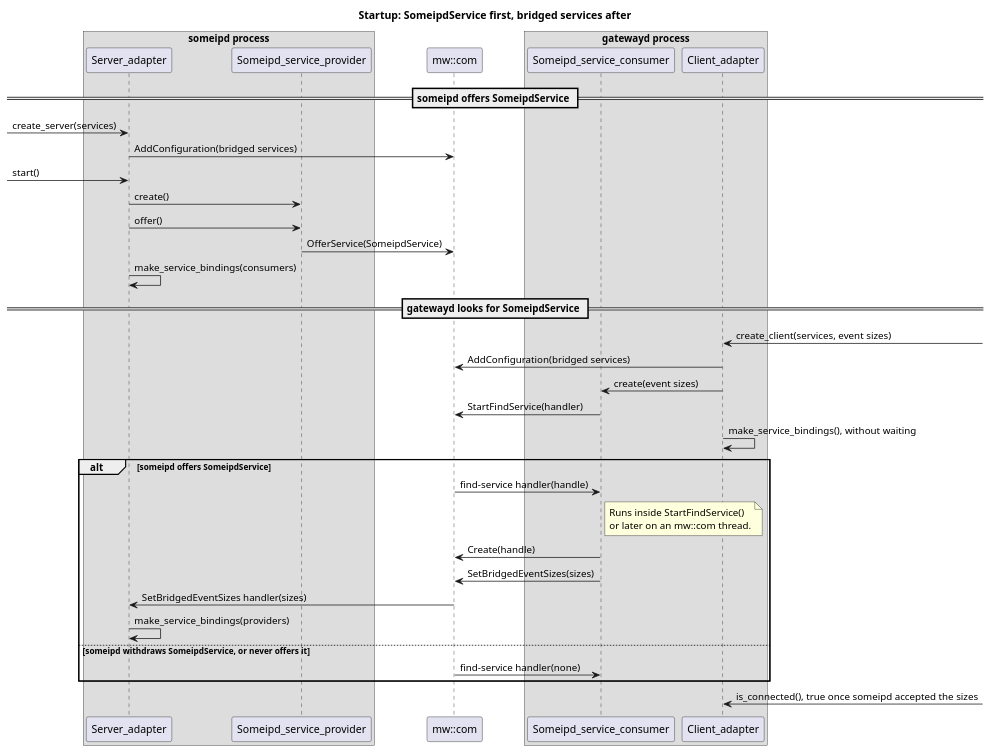
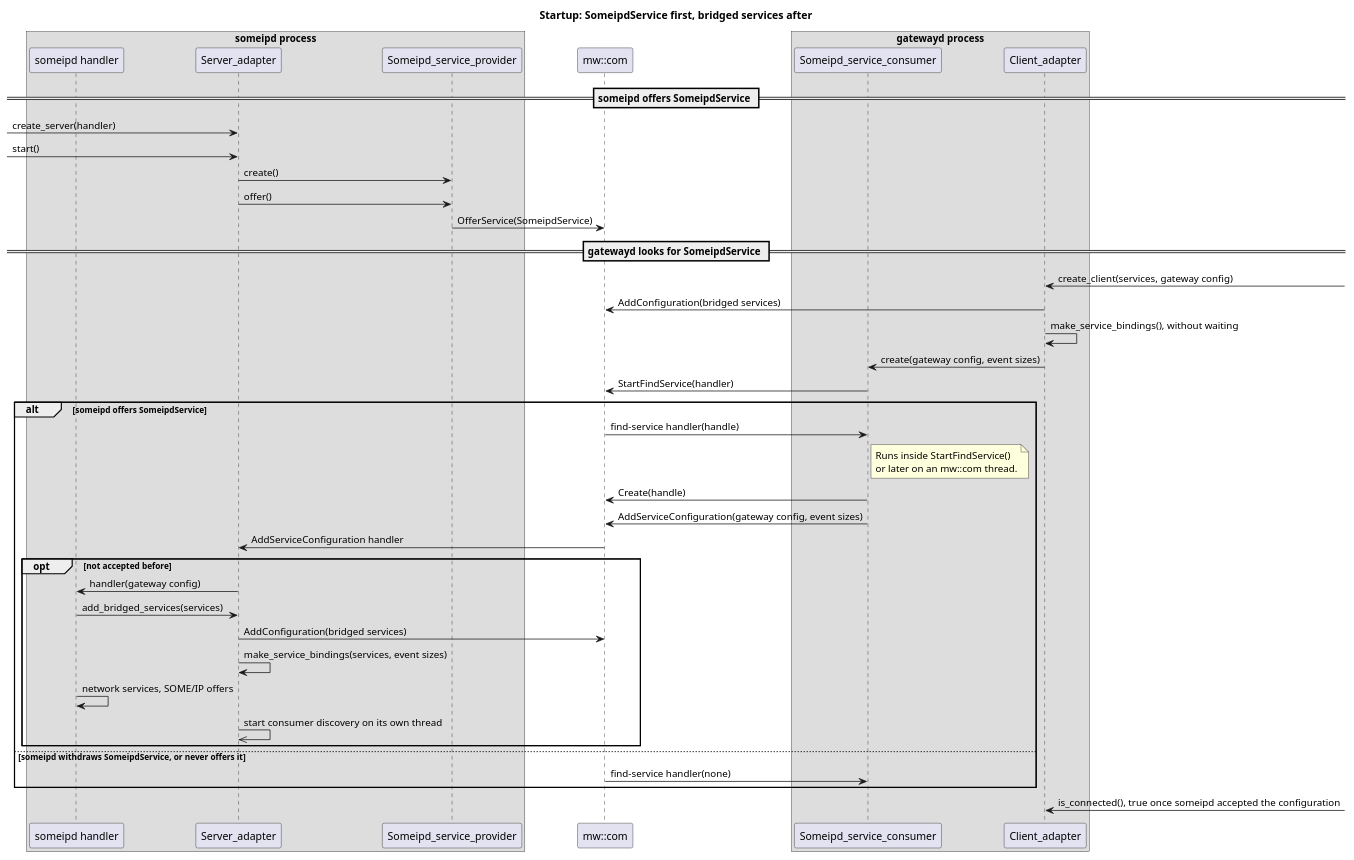
Before and after one commit to eclipse-score/inc_someip_gateway: the diagram in score/gateway_ipc_binding/docs/models/mw_com_startup.puml, drawn with PlantUML. The commit also changed 37 other files, not shown here.

Commit message:
send each gatewayd's configuration to someipd because someipd should not need its own service list

```diff
--- a/score/gateway_ipc_binding/docs/models/mw_com_startup.puml
+++ b/score/gateway_ipc_binding/docs/models/mw_com_startup.puml
@@ -14,41 +14,47 @@
 @startuml mw_com_startup_someipd_gatewayd
 title Startup: SomeipdService first, bridged services after
 
 box "someipd process"
+participant "someipd handler" as handler
 participant "Server_adapter" as server
 participant "Someipd_service_provider" as sdsvc_provider
 end box
 participant "mw::com" as mwcom
 box "gatewayd process"
 participant "Someipd_service_consumer" as sdsvc_consumer
 participant "Client_adapter" as client
 end box
 
 == someipd offers SomeipdService ==
-[-> server : create_server(services)
-server -> mwcom : AddConfiguration(bridged services)
+[-> server : create_server(handler)
 [-> server : start()
 server -> sdsvc_provider : create()
 server -> sdsvc_provider : offer()
 sdsvc_provider -> mwcom : OfferService(SomeipdService)
-server -> server : make_service_bindings(consumers)
 
 == gatewayd looks for SomeipdService ==
-client <-] : create_client(services, event sizes)
+client <-] : create_client(services, gateway config)
 client -> mwcom : AddConfiguration(bridged services)
-client -> sdsvc_consumer : create(event sizes)
+client -> client : make_service_bindings(), without waiting
+client -> sdsvc_consumer : create(gateway config, event sizes)
 sdsvc_consumer -> mwcom : StartFindService(handler)
-client -> client : make_service_bindings(), without waiting
 
 alt someipd offers SomeipdService
   mwcom -> sdsvc_consumer : find-service handler(handle)
   note right of sdsvc_consumer : Runs inside StartFindService()\nor later on an mw::com thread.
   sdsvc_consumer -> mwcom : Create(handle)
-  sdsvc_consumer -> mwcom : SetBridgedEventSizes(sizes)
-  mwcom -> server : SetBridgedEventSizes handler(sizes)
-  server -> server : make_service_bindings(providers)
+  sdsvc_consumer -> mwcom : AddServiceConfiguration(gateway config, event sizes)
+  mwcom -> server : AddServiceConfiguration handler
+  opt not accepted before
+    server -> handler : handler(gateway config)
+    handler -> server : add_bridged_services(services)
+    server -> mwcom : AddConfiguration(bridged services)
+    server -> server : make_service_bindings(services, event sizes)
+    handler -> handler : network services, SOME/IP offers
+    server ->> server : start consumer discovery on its own thread
+  end
 else someipd withdraws SomeipdService, or never offers it
   mwcom -> sdsvc_consumer : find-service handler(none)
 end
-client <-] : is_connected(), true once someipd accepted the sizes
+client <-] : is_connected(), true once someipd accepted the configuration
 @enduml
```
